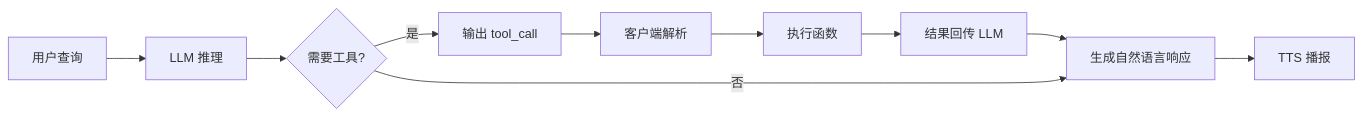
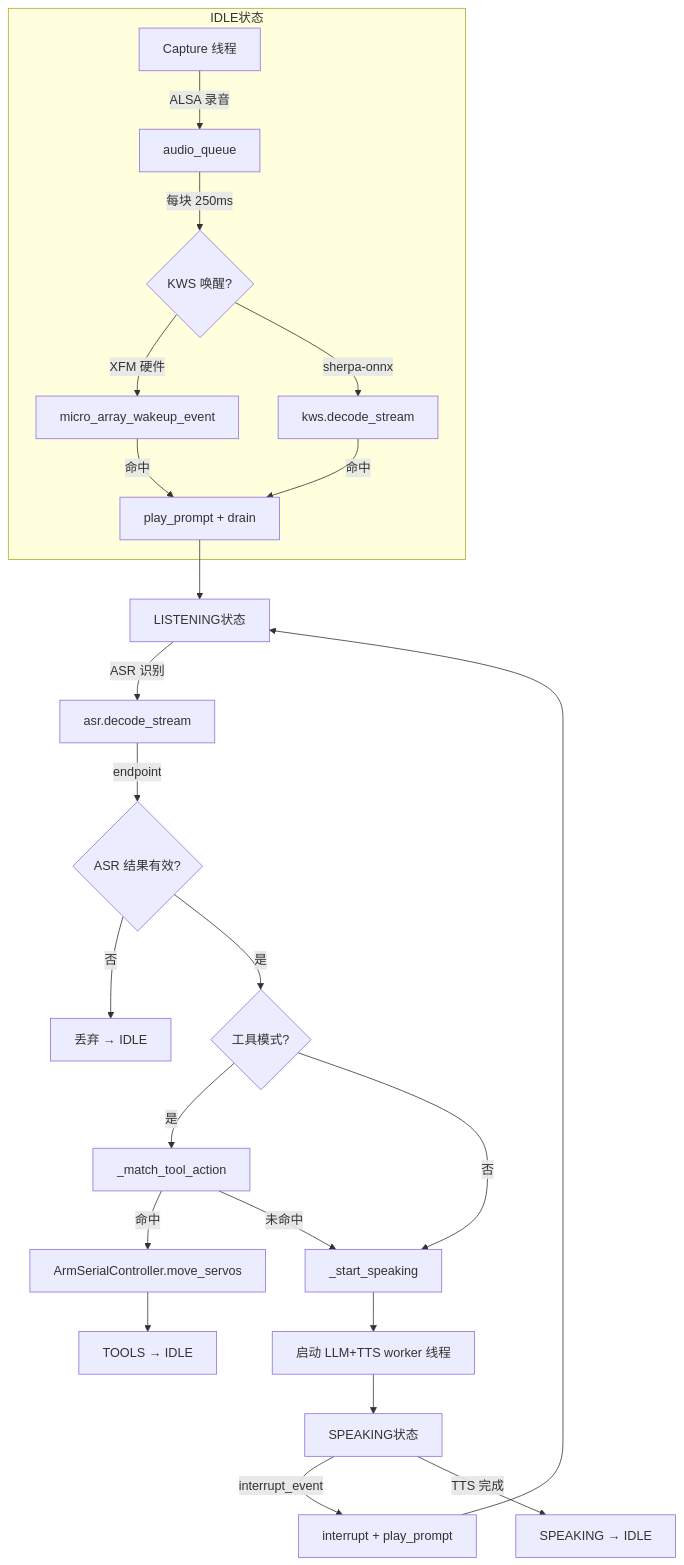
The diagram in courses/sheet1/speech_practice/_parts/experiment-5.md (aibittek/course_generate_agent), drawn with Mermaid before and after one commit. The commit also changed other lines of this file and 10 other files, not shown here.

````diff
--- a/courses/sheet1/speech_practice/_parts/experiment-5.md
+++ b/courses/sheet1/speech_practice/_parts/experiment-5.md
@@ -55,12 +137,26 @@
 ```mermaid
-graph LR
-    A[用户查询] --> B[LLM 推理]
-    B --> C{需要工具?}
-    C -->|是| D[输出 tool_call]
-    D --> E[客户端解析]
-    E --> F[执行函数]
-    F --> G[结果回传 LLM]
-    G --> H[生成自然语言响应]
-    H --> I[TTS 播报]
-    C -->|否| H
+graph TB
+    subgraph IDLE状态
+        A[Capture 线程] -->|ALSA 录音| B[audio_queue]
+        B -->|每块 250ms| C{KWS 唤醒?}
+        C -->|XFM 硬件| D[micro_array_wakeup_event]
+        C -->|sherpa-onnx| E[kws.decode_stream]
+        D -->|命中| F[play_prompt + drain]
+        E -->|命中| F
+    end
+    F --> G[LISTENING状态]
+    G -->|ASR 识别| H[asr.decode_stream]
+    H -->|endpoint| I{ASR 结果有效?}
+    I -->|否| J[丢弃 → IDLE]
+    I -->|是| K{工具模式?}
+    K -->|是| L[_match_tool_action]
+    K -->|否| M[_start_speaking]
+    L -->|命中| N[ArmSerialController.move_servos]
+    L -->|未命中| M
+    N --> O[TOOLS → IDLE]
+    M --> P[启动 LLM+TTS worker 线程]
+    P --> Q[SPEAKING状态]
+    Q -->|interrupt_event| R[interrupt + play_prompt]
+    R --> G
+    Q -->|TTS 完成| S[SPEAKING → IDLE]
 ```
````
